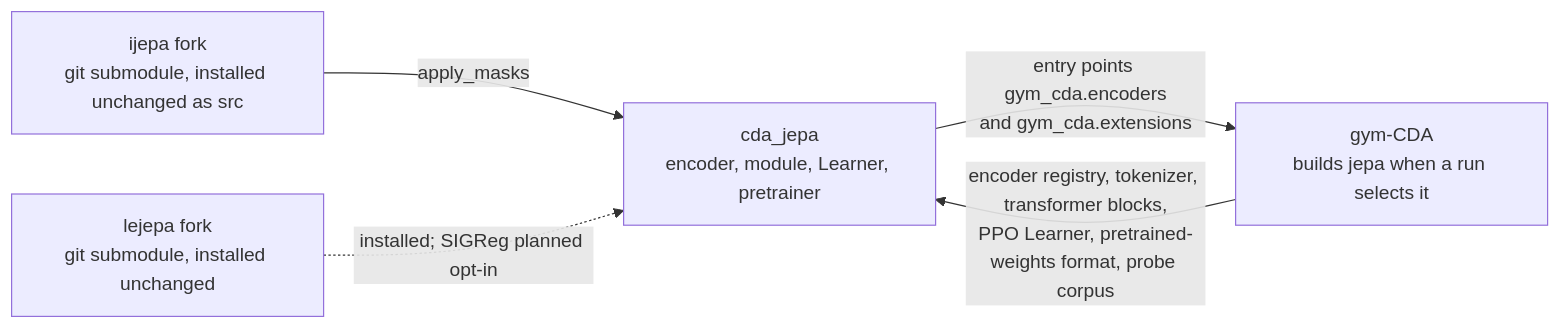
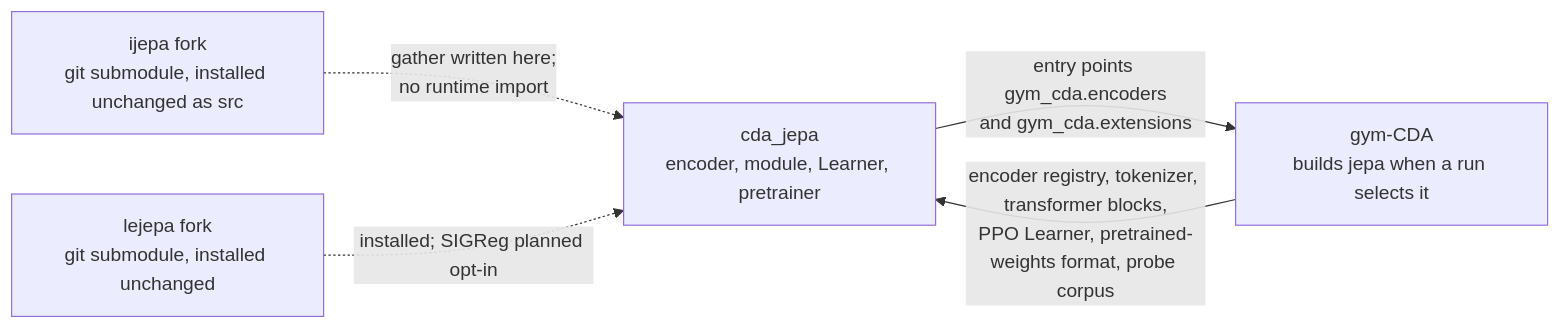
One commit to ChuaCheowHuan/cda_jepa changed the diagram in README.md. Above: the diagram before and after it, drawn with Mermaid. The commit also changed other lines of this file and 24 other files, not shown here.

````diff
--- a/README.md
+++ b/README.md
@@ -19,7 +19,7 @@
 ```mermaid
 flowchart LR
-    IJ["ijepa fork<br/>git submodule, installed unchanged as src"] -->|"apply_masks"| CJ["cda_jepa<br/>encoder, module, Learner, pretrainer"]
+    IJ["ijepa fork<br/>git submodule, installed unchanged as src"] -.->|"gather written here;<br/>no runtime import"| CJ["cda_jepa<br/>encoder, module, Learner, pretrainer"]
     LJ["lejepa fork<br/>git submodule, installed unchanged"] -.->|"installed; SIGReg planned opt-in"| CJ
     CJ -->|"entry points gym_cda.encoders<br/>and gym_cda.extensions"| GYM["gym-CDA<br/>builds jepa when a run selects it"]
     GYM -->|"encoder registry, tokenizer, transformer blocks,<br/>PPO Learner, pretrained-weights format, probe corpus"| CJ
 ```
````
